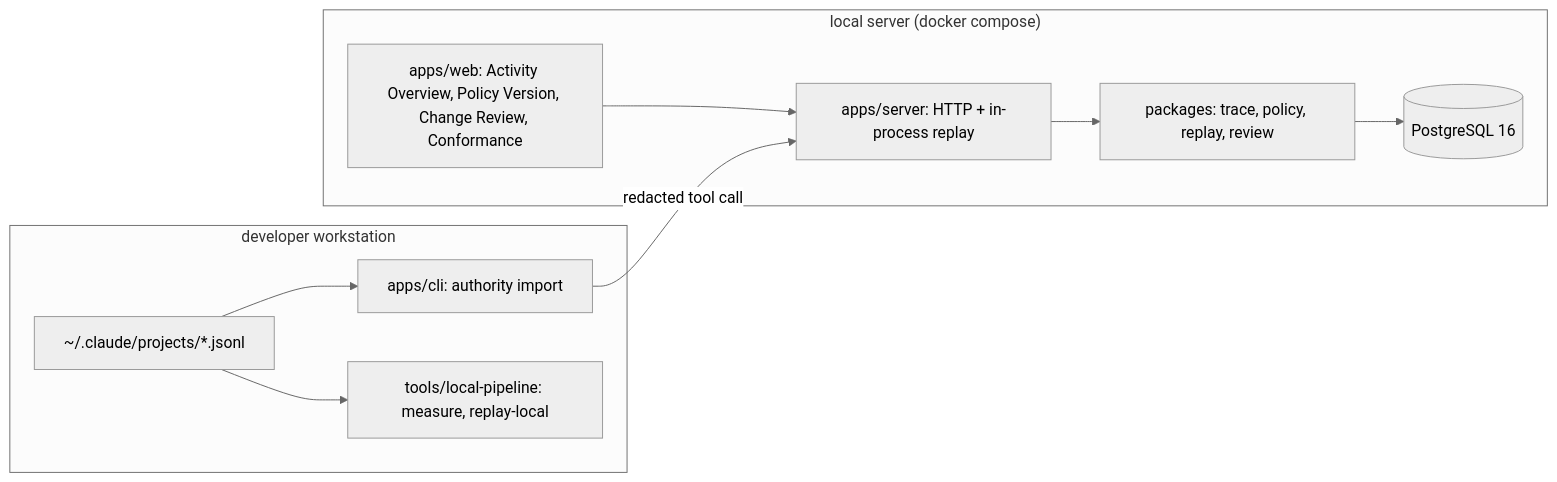
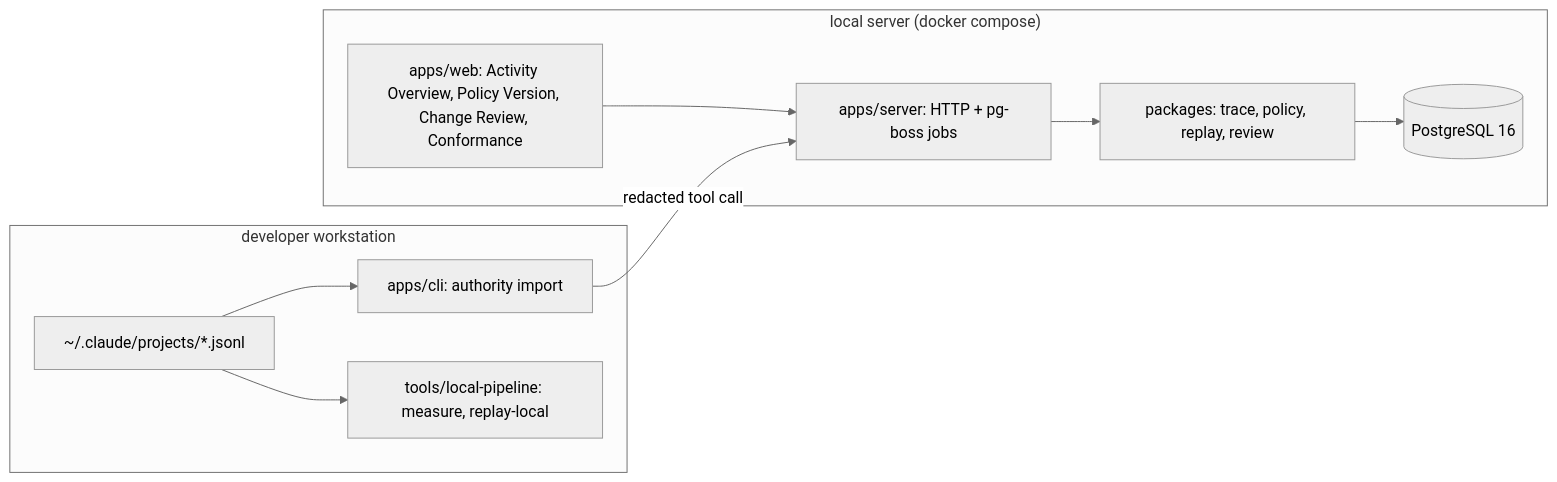
One commit to hsskey/authority-diff changed the first of 3 diagrams in docs/cutline.md. Above: the diagram before and after it, drawn with Mermaid (neutral theme). The commit also changed other lines of this file and 43 other files, not shown here.

First line of the commit message:
feat(replay): run replay as a queued job with a daily conformance schedule

````diff
--- a/docs/cutline.md
+++ b/docs/cutline.md
@@ -160,13 +160,13 @@
 ```mermaid
 flowchart LR
     subgraph DEV["developer workstation"]
         TR["~/.claude/projects/*.jsonl"] --> CLI["apps/cli: authority import"]
         TR --> LP["tools/local-pipeline: measure, replay-local"]
     end
     subgraph SRV["local server (docker compose)"]
-        WEB["apps/web: Activity Overview, Policy Version, Change Review, Conformance"] --> HTTP["apps/server: HTTP + in-process replay"]
+        WEB["apps/web: Activity Overview, Policy Version, Change Review, Conformance"] --> HTTP["apps/server: HTTP + pg-boss jobs"]
         HTTP --> PKG["packages: trace, policy, replay, review"]
         PKG --> PG[("PostgreSQL 16")]
     end
     CLI -- "redacted tool call" --> HTTP
 ```
````
